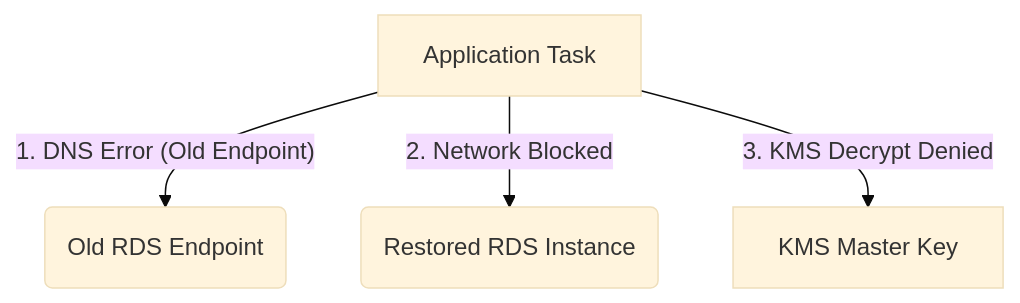
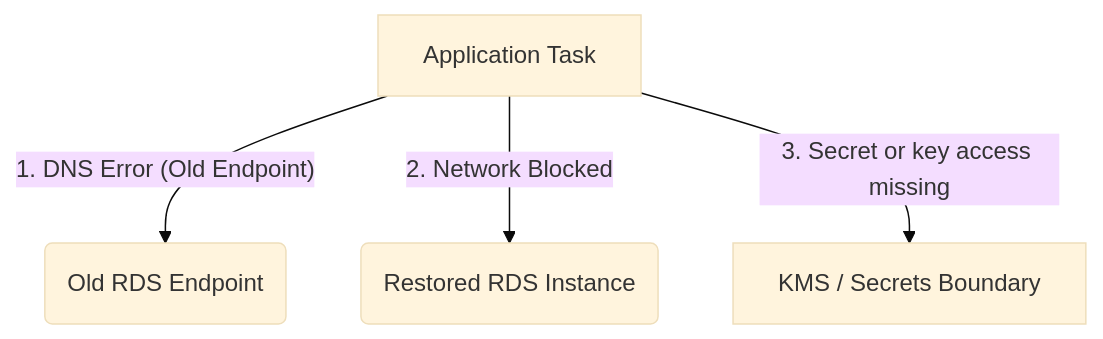
Before and after one commit to senlinyy/dev-roadmaps: the first of 3 diagrams in cloud-providers/aws/cost-resilience/04-recovery-planning.md, drawn with Mermaid (base theme). The commit also changed other lines of this file and 530 other files, not shown here.

````diff
--- a/cloud-providers/aws/cost-resilience/04-recovery-planning.md
+++ b/cloud-providers/aws/cost-resilience/04-recovery-planning.md
@@ -37,6 +37,6 @@
 ```mermaid
 flowchart TD
     App[Application Task] -- "1. DNS Error (Old Endpoint)" --> OldDB(Old RDS Endpoint)
     App -- "2. Network Blocked" --> NewDB(Restored RDS Instance)
-    App -- "3. KMS Decrypt Denied" --> KMS[KMS Master Key]
+    App -- "3. Secret or key access missing" --> KMS[KMS / Secrets Boundary]
 ```
````
